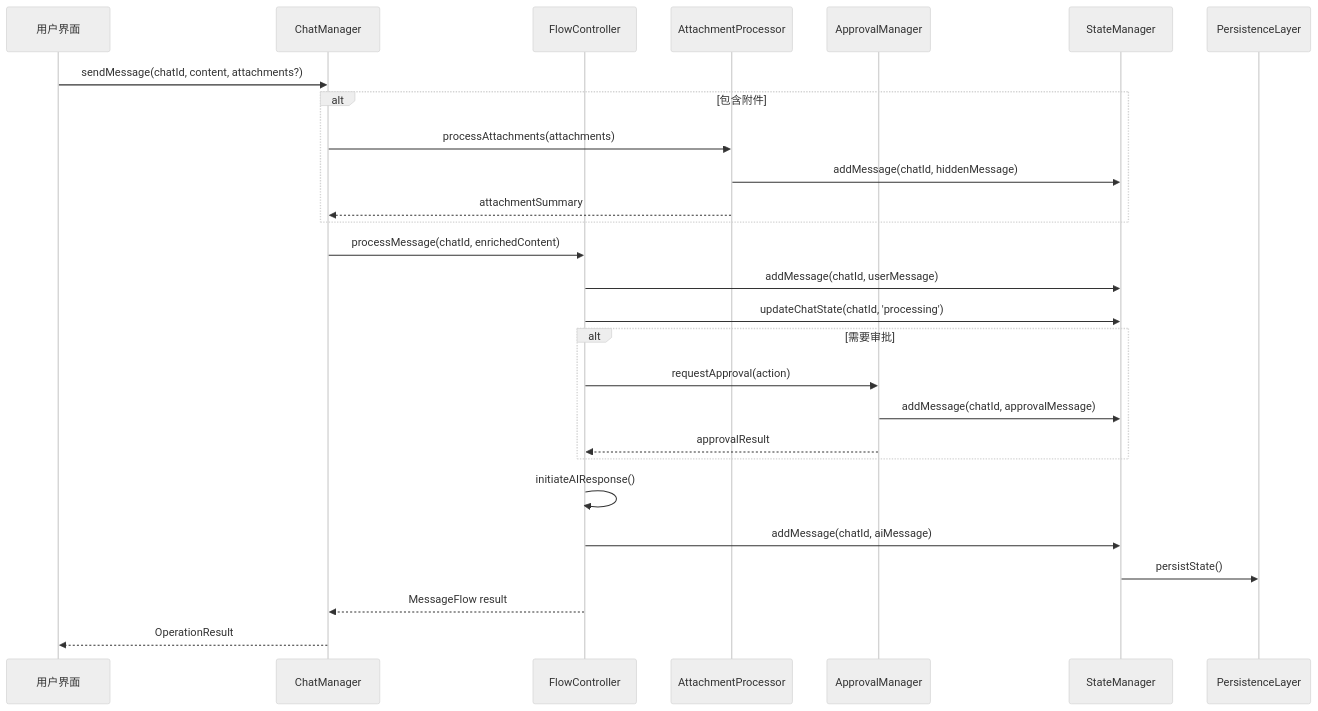
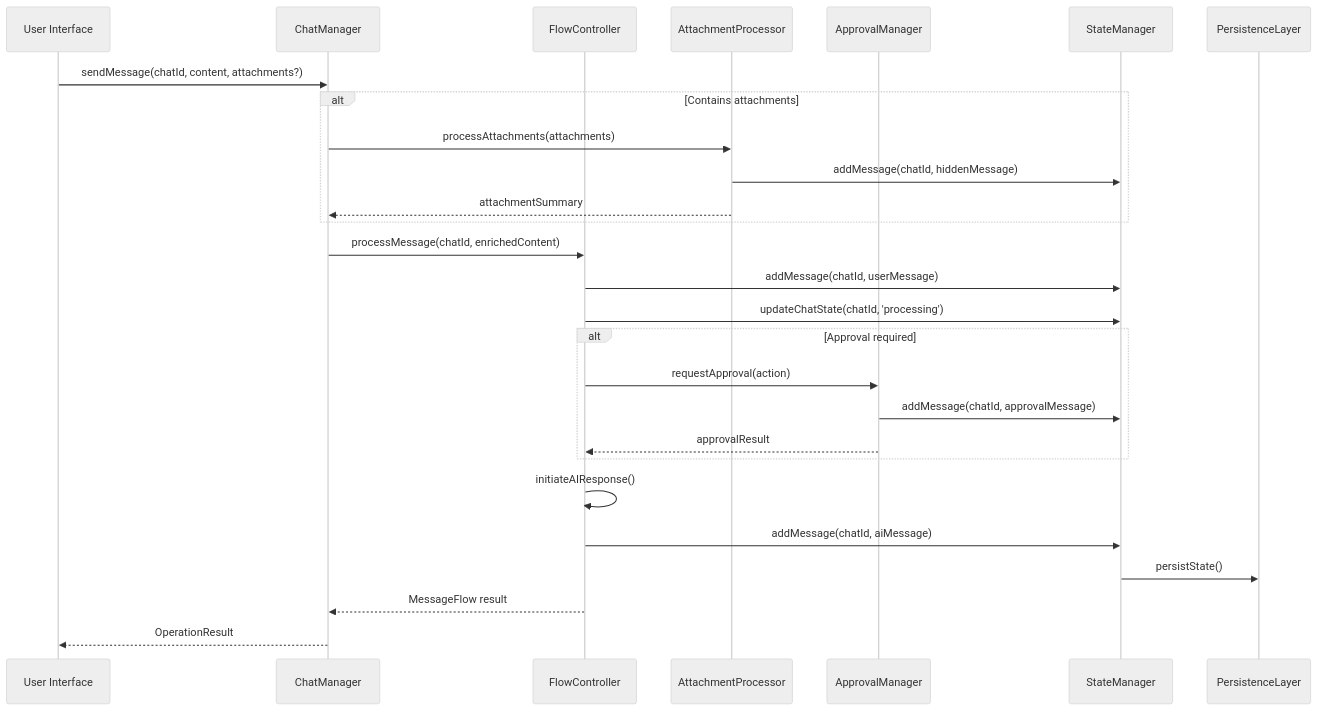
One commit to bigduu/copilot_client_app changed the sixth of 7 diagrams in docs/architecture/_archive/UNIFIED_CHAT_FLOW_ARCHITECTURE.md. Above: the diagram before and after it, drawn with Mermaid (neutral theme). The commit also changed other lines of this file and 49 other files, not shown here.

````diff
--- a/docs/architecture/_archive/UNIFIED_CHAT_FLOW_ARCHITECTURE.md
+++ b/docs/architecture/_archive/UNIFIED_CHAT_FLOW_ARCHITECTURE.md
@@ -401,34 +401,34 @@
 ```mermaid
 sequenceDiagram
-    participant UI as 用户界面
+    participant UI as User Interface
     participant CM as ChatManager
     participant FC as FlowController
     participant AP as AttachmentProcessor
     participant AM as ApprovalManager
     participant SM as StateManager
     participant PL as PersistenceLayer
 
     UI->>CM: sendMessage(chatId, content, attachments?)
-    
-    alt 包含附件
+
+    alt Contains attachments
         CM->>AP: processAttachments(attachments)
         AP->>SM: addMessage(chatId, hiddenMessage)
         AP-->>CM: attachmentSummary
     end
-    
+
     CM->>FC: processMessage(chatId, enrichedContent)
     FC->>SM: addMessage(chatId, userMessage)
     FC->>SM: updateChatState(chatId, 'processing')
-    
-    alt 需要审批
+
+    alt Approval required
         FC->>AM: requestApproval(action)
         AM->>SM: addMessage(chatId, approvalMessage)
         AM-->>FC: approvalResult
     end
-    
+
     FC->>FC: initiateAIResponse()
     FC->>SM: addMessage(chatId, aiMessage)
     SM->>PL: persistState()
     FC-->>CM: MessageFlow result
     CM-->>UI: OperationResult
 ```
````
